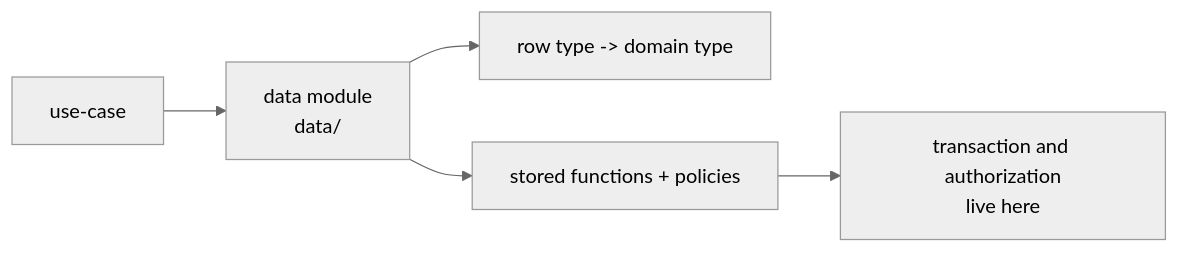
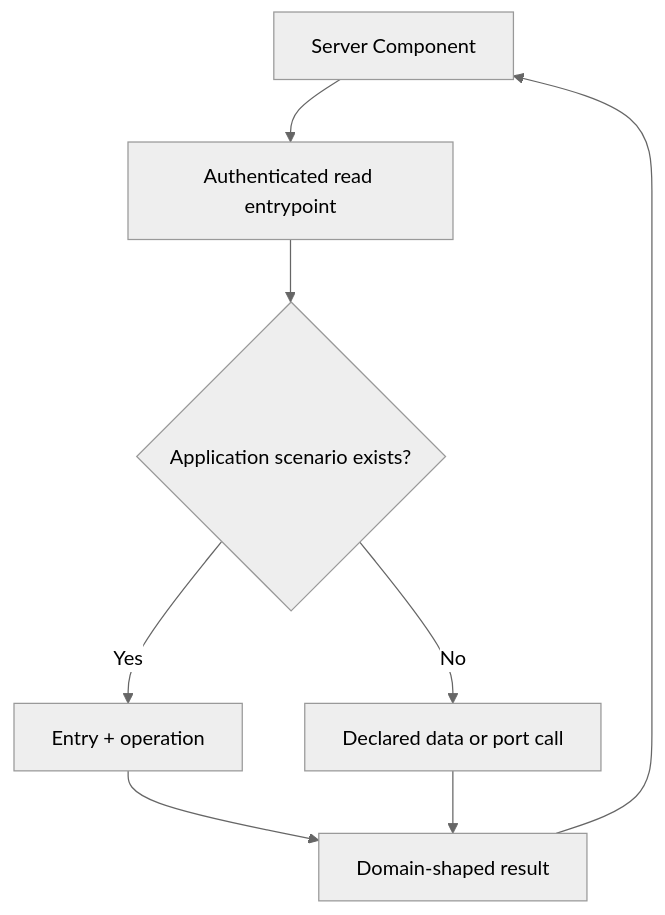
One commit to clicktronix/nextjs-clean-skills changed the fourth of 4 diagrams in docs/architecture-contract.md. Above: the diagram before and after it, drawn with Mermaid (neutral theme). The commit also changed other lines of this file and 10 other files, not shown here.

````diff
--- a/docs/architecture-contract.md
+++ b/docs/architecture-contract.md
@@ -227,7 +151,10 @@
 ```mermaid
-flowchart LR
-  UseCase["use-case"] --> DataModule["data module\ndata/<slice>"]
-  DataModule --> RowMap["row type -> domain type"]
-  DataModule --> SQL["stored functions + policies"]
-  SQL --> Authority["transaction and authorization\nlive here"]
+flowchart TB
+  RSC["Server Component"] --> Read["Authenticated read entrypoint"]
+  Read --> Scenario{"Application scenario exists?"}
+  Scenario -->|Yes| Entry["Entry + operation"]
+  Scenario -->|No| Direct["Declared data or port call"]
+  Entry --> Result["Domain-shaped result"]
+  Direct --> Result
+  Result --> RSC
 ```
````
